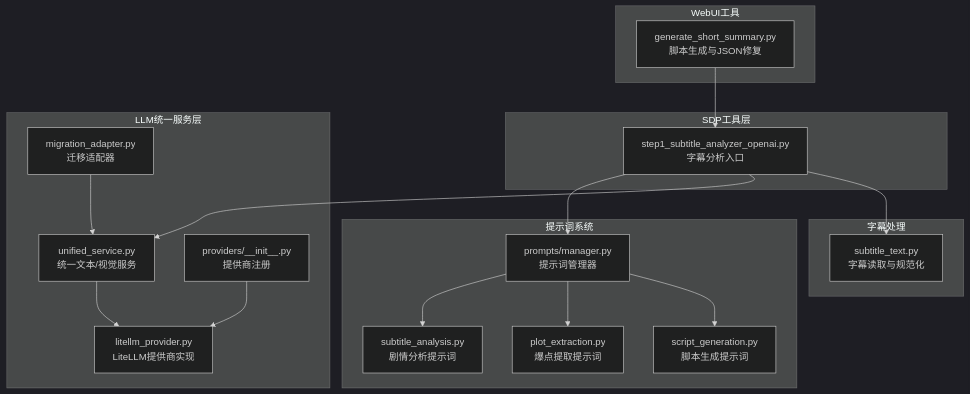
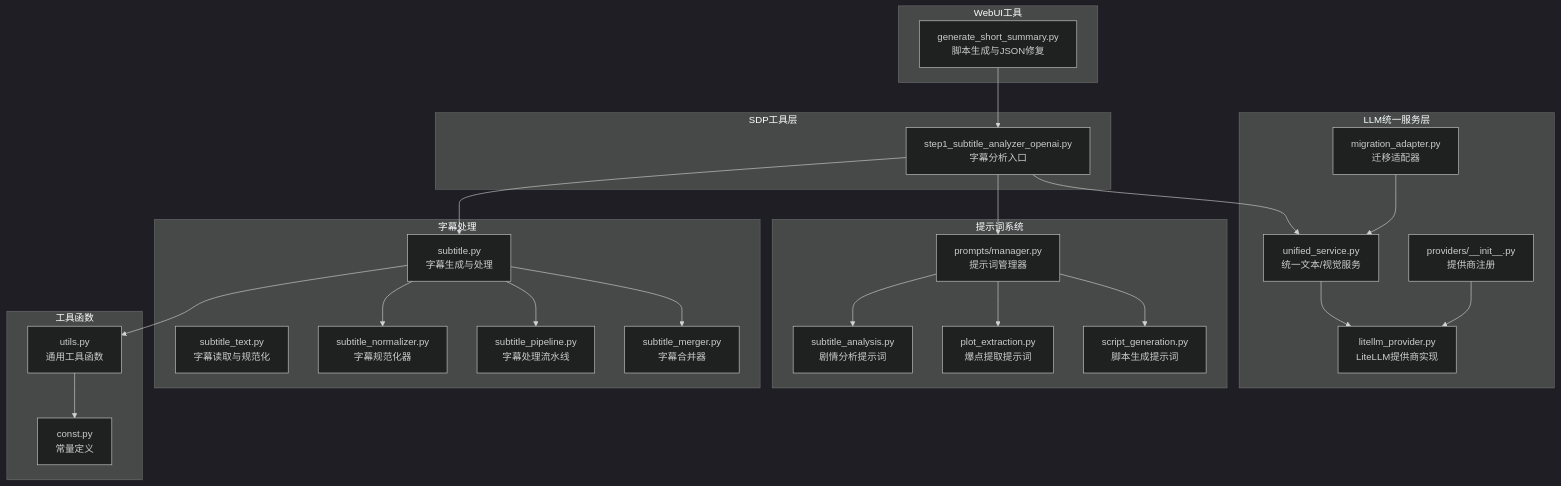
Before and after one commit to wowoduang/AIVideoClaude: the first of 7 diagrams in .qoder/repowiki/zh/content/核心功能/AI影视解说系统/字幕分析器.md, drawn with Mermaid (dark theme). The commit also changed other lines of this file and 26 other files, not shown here.

````diff
--- a/.qoder/repowiki/zh/content/核心功能/AI影视解说系统/字幕分析器.md
+++ b/.qoder/repowiki/zh/content/核心功能/AI影视解说系统/字幕分析器.md
@@ -48,34 +55,47 @@
 ```mermaid
 graph TB
 subgraph "SDP工具层"
 A["step1_subtitle_analyzer_openai.py<br/>字幕分析入口"]
 end
 subgraph "LLM统一服务层"
 B["unified_service.py<br/>统一文本/视觉服务"]
 C["litellm_provider.py<br/>LiteLLM提供商实现"]
 D["providers/__init__.py<br/>提供商注册"]
 E["migration_adapter.py<br/>迁移适配器"]
 end
 subgraph "提示词系统"
 F["prompts/manager.py<br/>提示词管理器"]
 G["subtitle_analysis.py<br/>剧情分析提示词"]
 H["plot_extraction.py<br/>爆点提取提示词"]
 I["script_generation.py<br/>脚本生成提示词"]
 end
 subgraph "字幕处理"
 J["subtitle_text.py<br/>字幕读取与规范化"]
+K["subtitle.py<br/>字幕生成与处理"]
+L["subtitle_normalizer.py<br/>字幕规范化器"]
+M["subtitle_pipeline.py<br/>字幕处理流水线"]
+N["subtitle_merger.py<br/>字幕合并器"]
+end
+subgraph "工具函数"
+O["utils.py<br/>通用工具函数"]
+P["const.py<br/>常量定义"]
 end
 subgraph "WebUI工具"
-K["generate_short_summary.py<br/>脚本生成与JSON修复"]
+Q["generate_short_summary.py<br/>脚本生成与JSON修复"]
 end
 A --> F
 A --> B
 B --> C
 D --> C
 E --> B
 F --> G
 F --> H
 F --> I
-A --> J
-K --> A
+A --> K
+K --> L
+K --> M
+K --> N
+K --> O
+O --> P
+Q --> A
 ```
````
